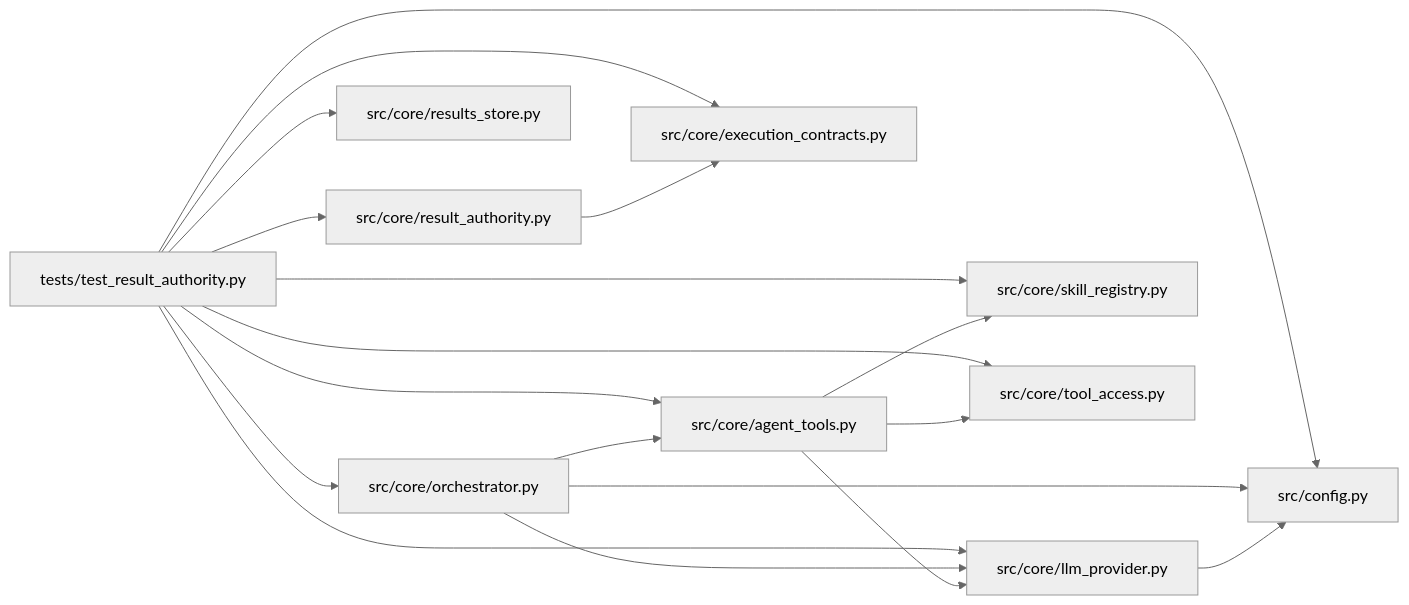
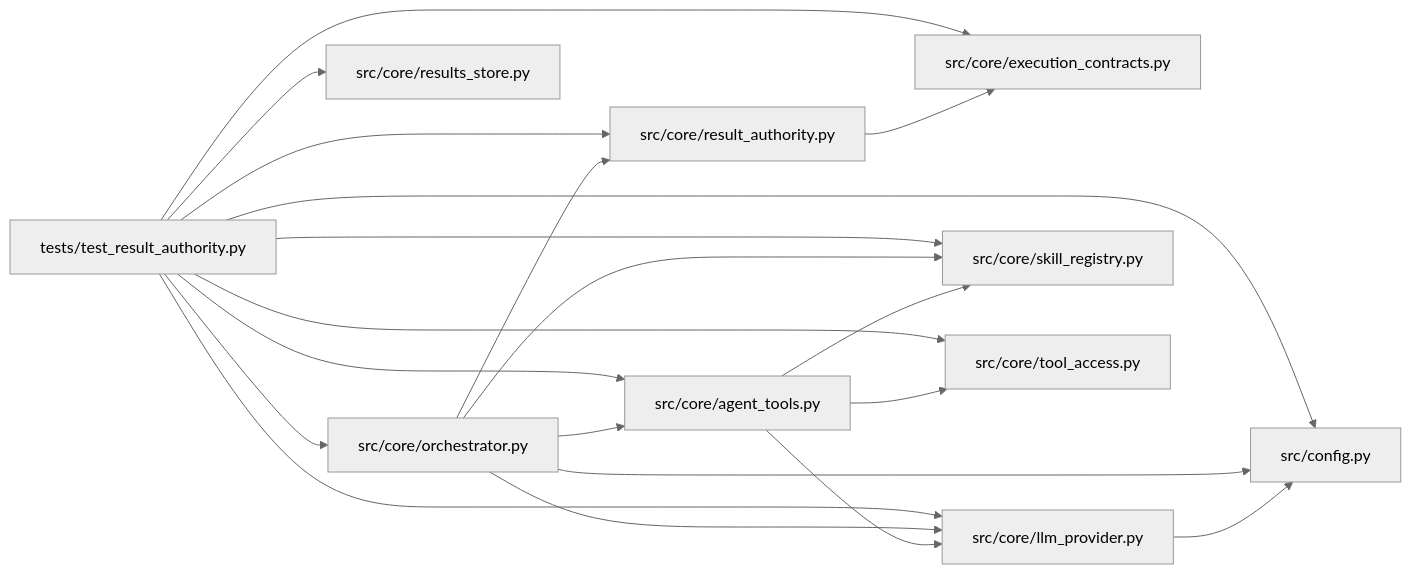
One commit to Denissvgn/autoresearch-agent changed the diagram in docs/llm_wiki/modules/test_result_authority.md. Above: the diagram before and after it, drawn with Mermaid (neutral theme). The commit also changed other lines of this file and 1033 other files, not shown here.

````diff
--- a/docs/llm_wiki/modules/test_result_authority.md
+++ b/docs/llm_wiki/modules/test_result_authority.md
@@ -45,40 +45,42 @@
 ```mermaid
 flowchart LR
     n0["src/config.py"]
     n1["src/core/agent_tools.py"]
     n2["src/core/execution_contracts.py"]
     n3["src/core/llm_provider.py"]
     n4["src/core/orchestrator.py"]
     n5["src/core/result_authority.py"]
     n6["src/core/results_store.py"]
     n7["src/core/skill_registry.py"]
     n8["src/core/tool_access.py"]
     n9["tests/test_result_authority.py"]
     n1 --> n3
     n1 --> n7
     n1 --> n8
     n3 --> n0
     n4 --> n0
     n4 --> n1
     n4 --> n3
+    n4 --> n5
+    n4 --> n7
     n5 --> n2
     n9 --> n0
     n9 --> n1
     n9 --> n2
     n9 --> n3
     n9 --> n4
     n9 --> n5
     n9 --> n6
     n9 --> n7
     n9 --> n8
     click n0 "../modules/config.md"
     click n1 "../modules/agent_tools.md"
     click n2 "../modules/execution_contracts.md"
     click n3 "../modules/llm_provider.md"
     click n4 "../modules/orchestrator.md"
     click n5 "../modules/result_authority.md"
     click n6 "../modules/results_store.md"
     click n7 "../modules/skill_registry.md"
     click n8 "../modules/tool_access.md"
     click n9 "../modules/test_result_authority.md"
 ```
````
